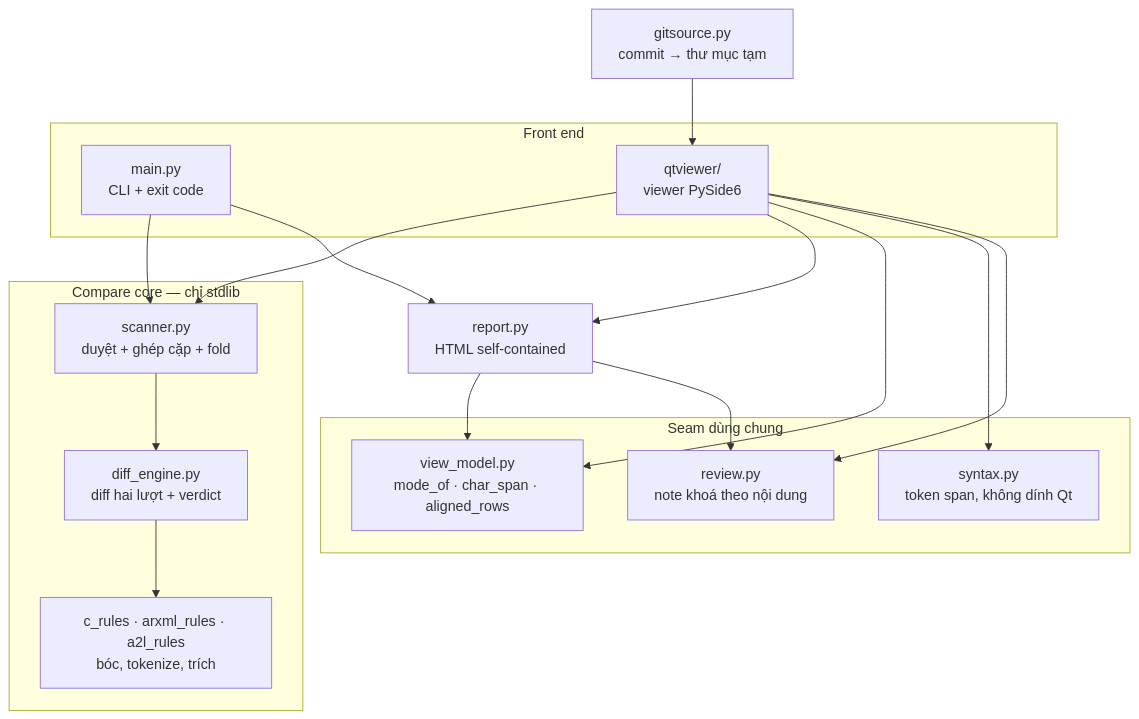
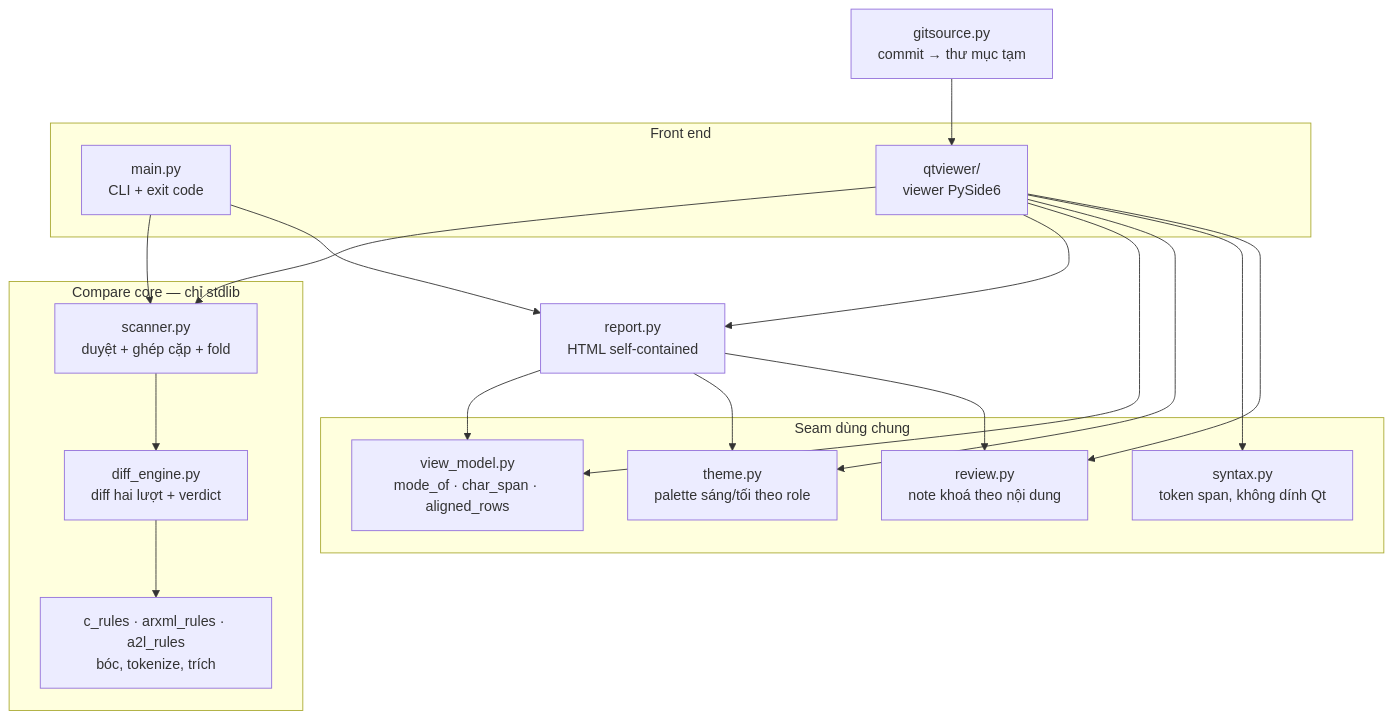
The first of 2 diagrams in docs/vi/architecture.md (longvo92/codegen-compare-tool), drawn with Mermaid before and after one commit. The commit also changed other lines of this file and 25 other files, not shown here.

````diff
--- a/docs/vi/architecture.md
+++ b/docs/vi/architecture.md
@@ -25,32 +25,35 @@
 ```mermaid
 flowchart TD
     subgraph front[Front end]
         CLI[main.py<br/>CLI + exit code]
         QT[qtviewer/<br/>viewer PySide6]
     end
     subgraph core[Compare core — chỉ stdlib]
         SC[scanner.py<br/>duyệt + ghép cặp + fold]
         DE[diff_engine.py<br/>diff hai lượt + verdict]
         RULES[c_rules · arxml_rules · a2l_rules<br/>bóc, tokenize, trích]
     end
     subgraph shared[Seam dùng chung]
         VM[view_model.py<br/>mode_of · char_span · aligned_rows]
+        TH[theme.py<br/>palette sáng/tối theo role]
         RV[review.py<br/>note khoá theo nội dung]
         SY[syntax.py<br/>token span, không dính Qt]
     end
     RP[report.py<br/>HTML self-contained]
     GS[gitsource.py<br/>commit → thư mục tạm]
 
     CLI --> SC
     QT --> SC
     GS --> QT
     SC --> DE
     DE --> RULES
     CLI --> RP
     QT --> RP
     RP --> VM
     QT --> VM
+    RP --> TH
+    QT --> TH
     QT --> SY
     RP --> RV
     QT --> RV
 ```
````
